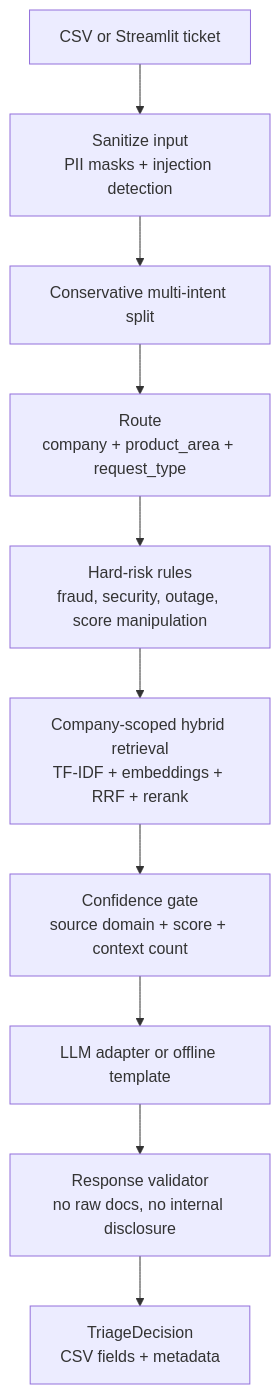
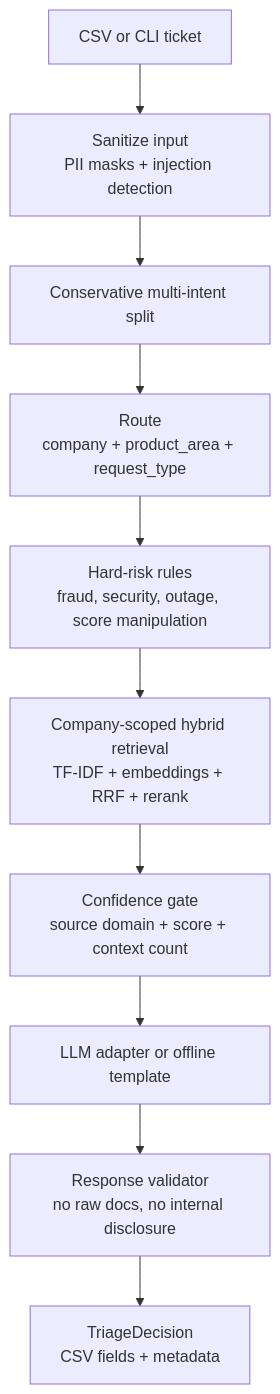
One commit to Sathvikar01/support-triage-agent changed the first of 3 diagrams in README.md. Above: the diagram before and after it, drawn with Mermaid. The commit also changed other lines of this file, not shown here.

First line of the commit message:
docs: update README with voice agent, architecture, and performance

````diff
--- a/README.md
+++ b/README.md
@@ -78,12 +103,12 @@
 ```mermaid
 flowchart TB
-    Input["CSV or Streamlit ticket"] --> Sanitize["Sanitize input\nPII masks + injection detection"]
+    Input["CSV or CLI ticket"] --> Sanitize["Sanitize input\nPII masks + injection detection"]
     Sanitize --> Split["Conservative multi-intent split"]
     Split --> Classify["Route\ncompany + product_area + request_type"]
     Classify --> Risk["Hard-risk rules\nfraud, security, outage, score manipulation"]
     Risk --> Retrieve["Company-scoped hybrid retrieval\nTF-IDF + embeddings + RRF + rerank"]
     Retrieve --> Confidence["Confidence gate\nsource domain + score + context count"]
     Confidence --> Response["LLM adapter or offline template"]
     Response --> Validate["Response validator\nno raw docs, no internal disclosure"]
     Validate --> Decision["TriageDecision\nCSV fields + metadata"]
 ```
````
